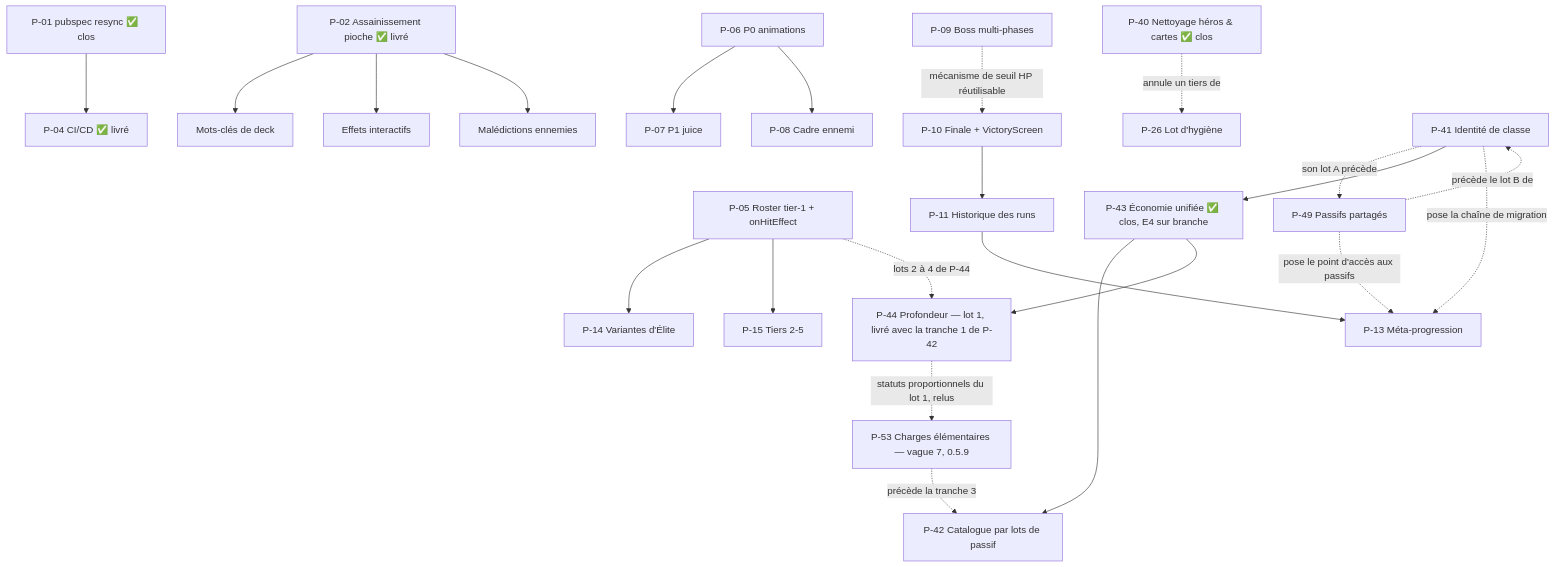
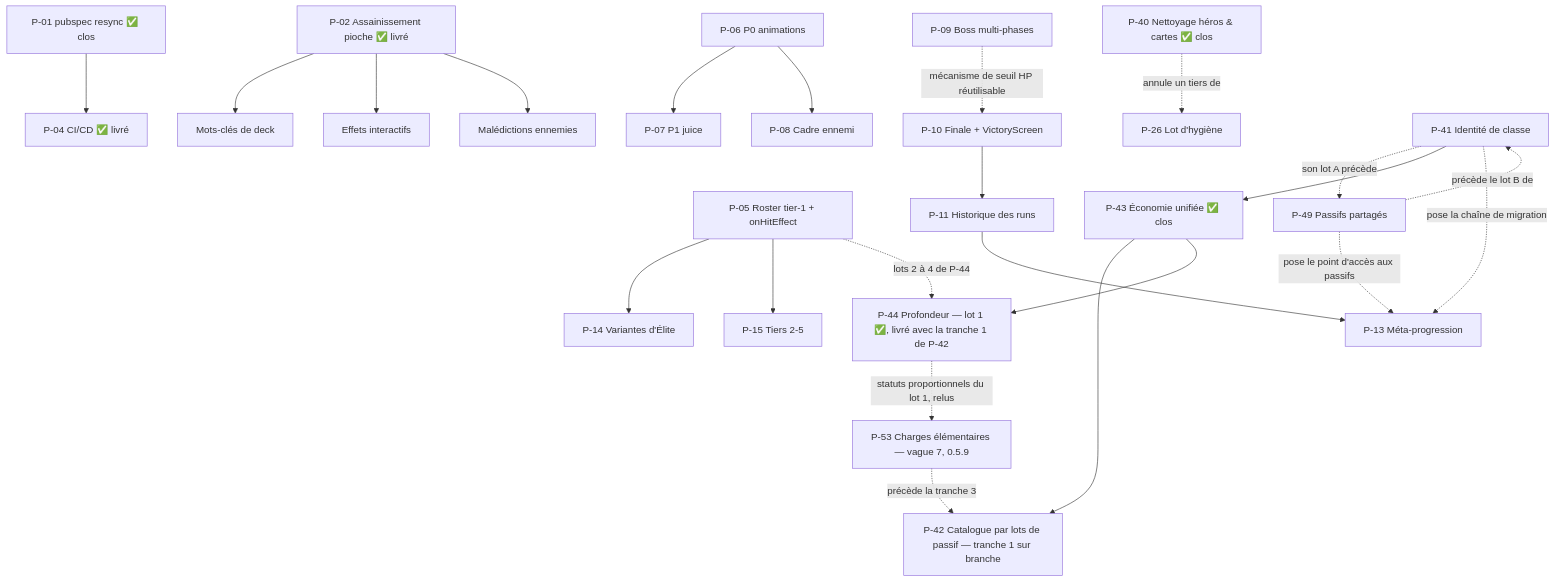
One commit to Hex-Umbra/hero-s-draft changed the second of 3 diagrams in docs/ROADMAP.md. Above: the diagram before and after it, drawn with Mermaid. The commit also changed other lines of this file and 46 other files, not shown here.

First line of the commit message:
docs(memoire): vague 5, 0.5.7, ADR D76 et D77, P-44 lot 1 clos

````diff
--- a/docs/ROADMAP.md
+++ b/docs/ROADMAP.md
@@ -57,25 +57,25 @@
 ```mermaid
 graph TD
     P01["P-01 pubspec resync ✅ clos"] --> P04["P-04 CI/CD ✅ livré"]
     P02["P-02 Assainissement pioche ✅ livré"] --> B18[Mots-clés de deck]
     P02 --> B19[Effets interactifs]
     P02 --> B20[Malédictions ennemies]
     P05[P-05 Roster tier-1 + onHitEffect] --> P14[P-14 Variantes d'Élite]
     P05 --> P15[P-15 Tiers 2-5]
     P06[P-06 P0 animations] --> P07[P-07 P1 juice]
     P06 --> P08[P-08 Cadre ennemi]
     P10[P-10 Finale + VictoryScreen] --> P11[P-11 Historique des runs]
     P11 --> P13[P-13 Méta-progression]
     P09[P-09 Boss multi-phases] -.mécanisme de seuil HP réutilisable.-> P10
     P40["P-40 Nettoyage héros & cartes ✅ clos"] -.annule un tiers de.-> P26[P-26 Lot d'hygiène]
     P41[P-41 Identité de classe] -.son lot A précède.-> P49[P-49 Passifs partagés]
     P49 -.précède le lot B de.-> P41
-    P41 --> P43["P-43 Économie unifiée ✅ clos, E4 sur branche"]
-    P43 --> P42[P-42 Catalogue par lots de passif]
-    P43 --> P44["P-44 Profondeur — lot 1, livré avec la tranche 1 de P-42"]
+    P41 --> P43["P-43 Économie unifiée ✅ clos"]
+    P43 --> P42["P-42 Catalogue par lots de passif — tranche 1 sur branche"]
+    P43 --> P44["P-44 Profondeur — lot 1 ✅, livré avec la tranche 1 de P-42"]
     P44 -.statuts proportionnels du lot 1, relus.-> P53["P-53 Charges élémentaires — vague 7, 0.5.9"]
     P53 -.précède la tranche 3.-> P42
     P05 -.lots 2 à 4 de P-44.-> P44
     P49 -.pose le point d'accès aux passifs.-> P13
     P41 -.pose la chaîne de migration.-> P13
 ```
````
